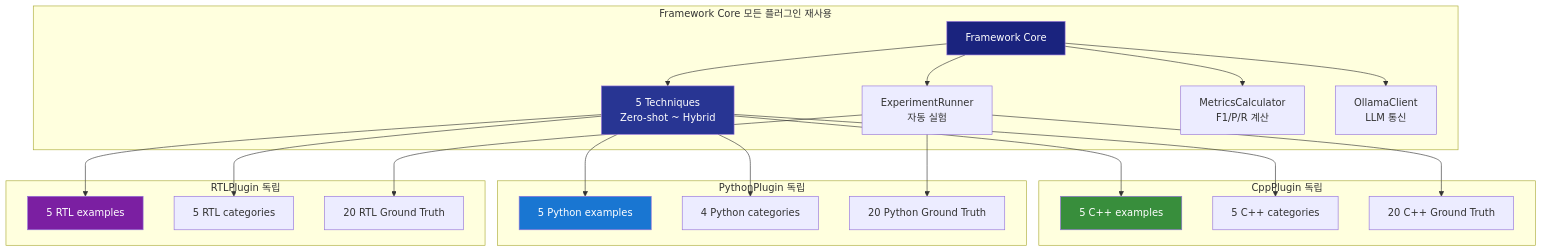
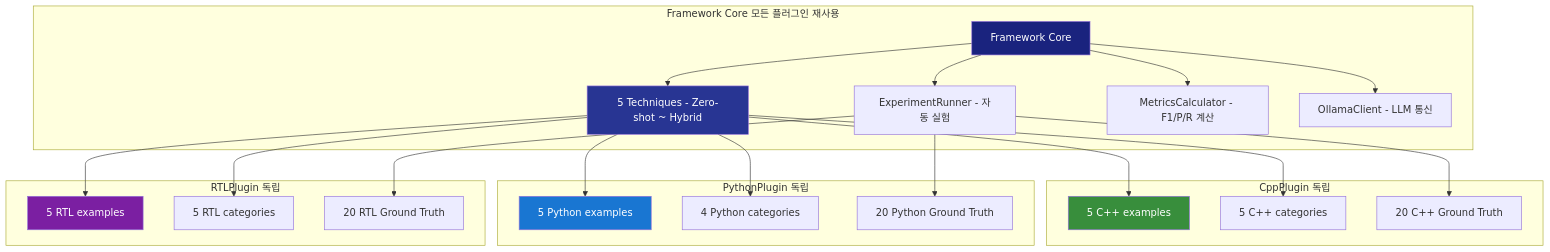
One commit to ApeachM/llm-code-reviewer changed diagram 36 of 39 in PRESENTATION.md. Above: the diagram before and after it, drawn with Mermaid. The commit also changed other lines of this file, not shown here.

First line of the commit message:
fix: Replace special characters in Mermaid node labels for compatibility

````diff
--- a/PRESENTATION.md
+++ b/PRESENTATION.md
@@ -1781,34 +1782,34 @@
 ```mermaid
 graph TB
     subgraph "Framework Core 모든 플러그인 재사용"
         Core[Framework Core]
-        Core --> Tech[5 Techniques<br/>Zero-shot ~ Hybrid]
-        Core --> Exp[ExperimentRunner<br/>자동 실험]
-        Core --> Metrics[MetricsCalculator<br/>F1/P/R 계산]
-        Core --> Ollama[OllamaClient<br/>LLM 통신]
+        Core --> Tech[5 Techniques - Zero-shot ~ Hybrid]
+        Core --> Exp[ExperimentRunner - 자동 실험]
+        Core --> Metrics[MetricsCalculator - F1/P/R 계산]
+        Core --> Ollama[OllamaClient - LLM 통신]
     end
 
     subgraph "CppPlugin 독립"
         Tech --> CppExamples[5 C++ examples]
         Tech --> CppCat[5 C++ categories]
         Exp --> CppGT[20 C++ Ground Truth]
     end
 
     subgraph "PythonPlugin 독립"
         Tech --> PyExamples[5 Python examples]
         Tech --> PyCat[4 Python categories]
         Exp --> PyGT[20 Python Ground Truth]
     end
 
     subgraph "RTLPlugin 독립"
         Tech --> RTLExamples[5 RTL examples]
         Tech --> RTLCat[5 RTL categories]
         Exp --> RTLGT[20 RTL Ground Truth]
     end
 
     style Core fill:#1a237e,color:#fff
     style Tech fill:#283593,color:#fff
     style CppExamples fill:#388e3c,color:#fff
     style PyExamples fill:#1976d2,color:#fff
     style RTLExamples fill:#7b1fa2,color:#fff
 ```
````
